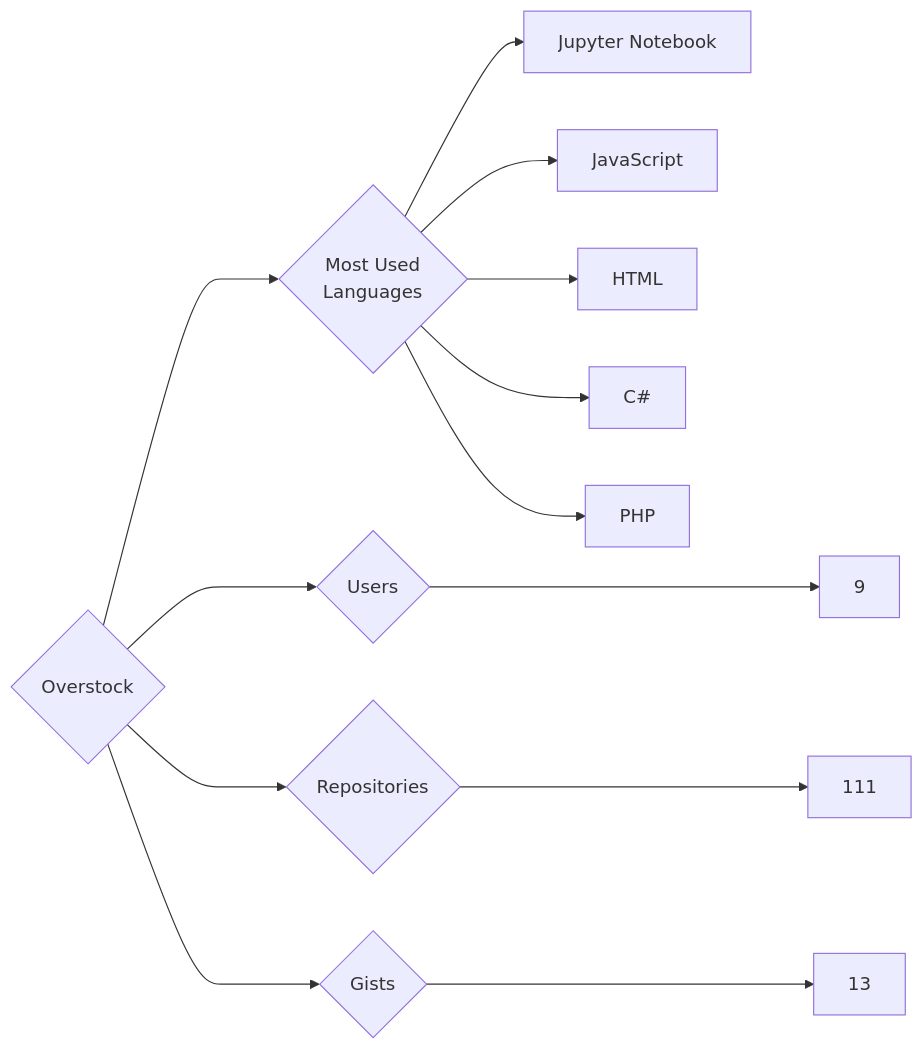
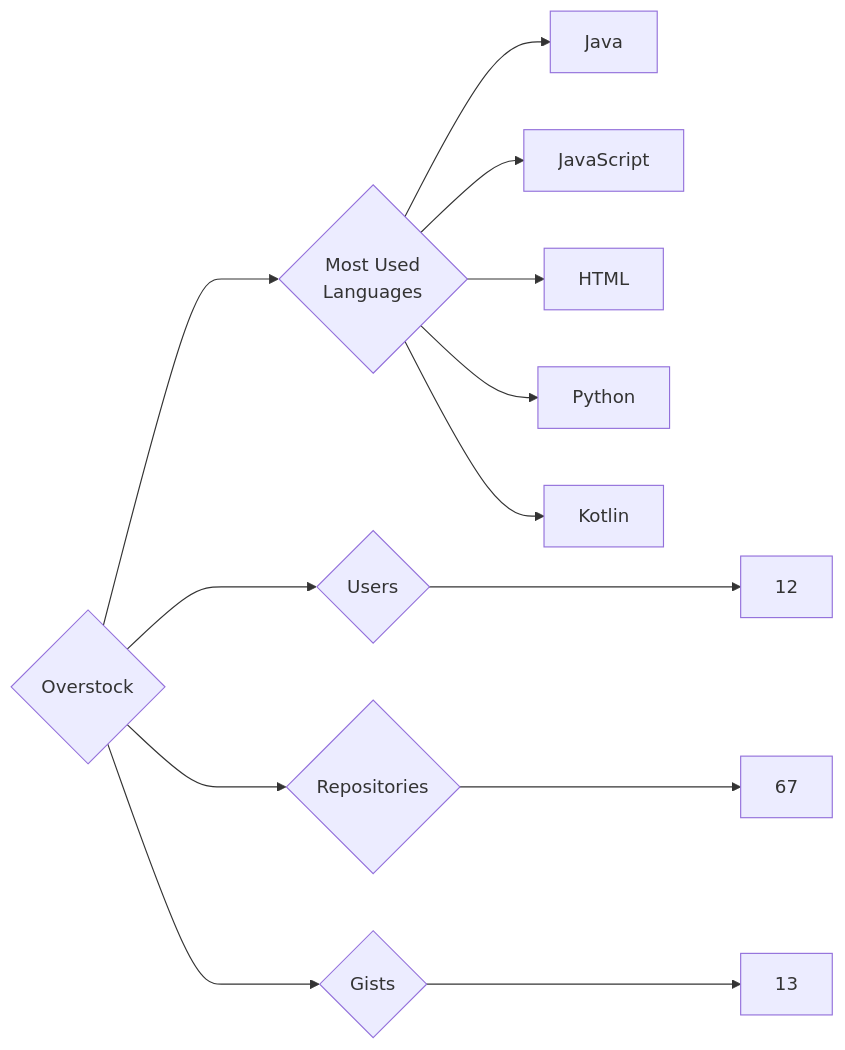
Before and after one commit to trickest/insiders: the diagram in targets/Overstock/README.md, drawn with Mermaid. The commit also changed 870 other files, not shown here.

````diff
--- a/targets/Overstock/README.md
+++ b/targets/Overstock/README.md
@@ -3,13 +3,13 @@
 ```mermaid
 graph LR
 COMPANY_NAME{Overstock}
-COMPANY_NAME ---> U{Users} ---> UN[9]
-COMPANY_NAME ---> R{Repositories} ---> RN[111]
+COMPANY_NAME ---> U{Users} ---> UN[12]
+COMPANY_NAME ---> R{Repositories} ---> RN[67]
 COMPANY_NAME ---> G{Gists} ---> GN[13]
 COMPANY_NAME ---> ML{Most Used<br>Languages}
-ML --> Jupyter_Notebook[Jupyter Notebook]
+ML --> Java[Java]
 ML --> JavaScript[JavaScript]
 ML --> HTML[HTML]
-ML --> C#[C#]
-ML --> PHP[PHP]
+ML --> Python[Python]
+ML --> Kotlin[Kotlin]
 ```
````
